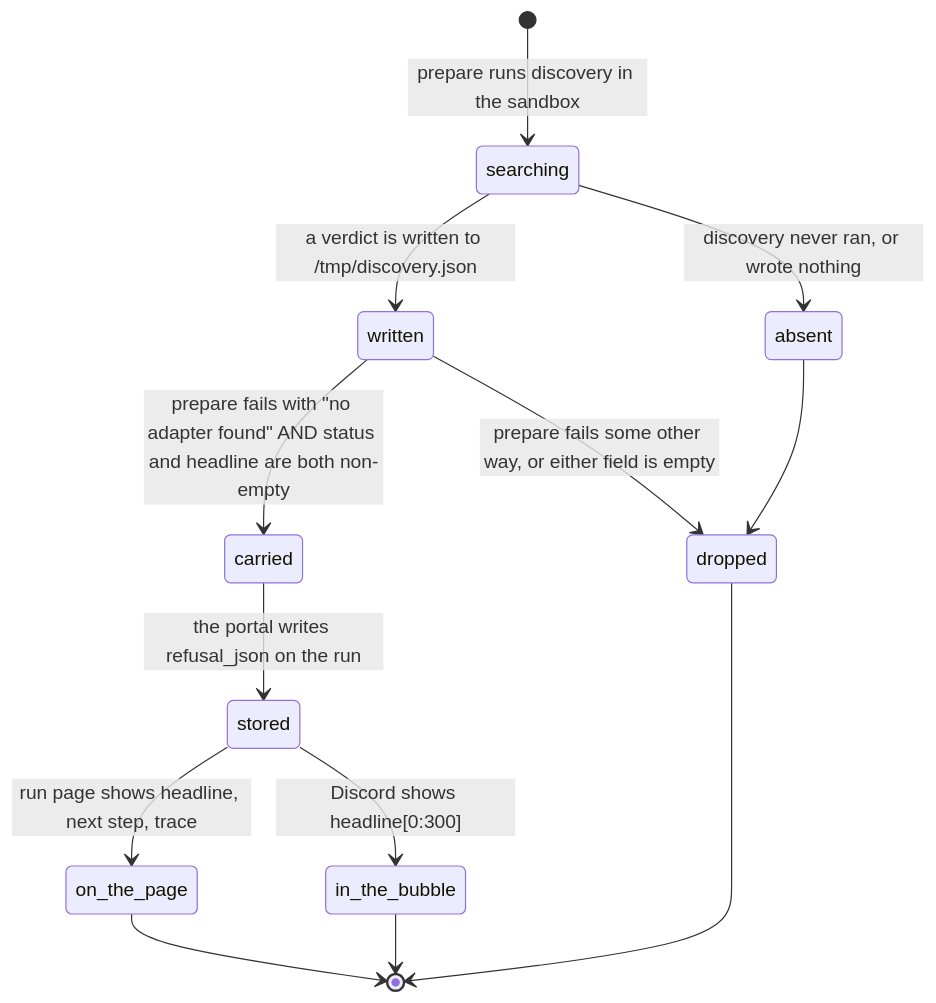
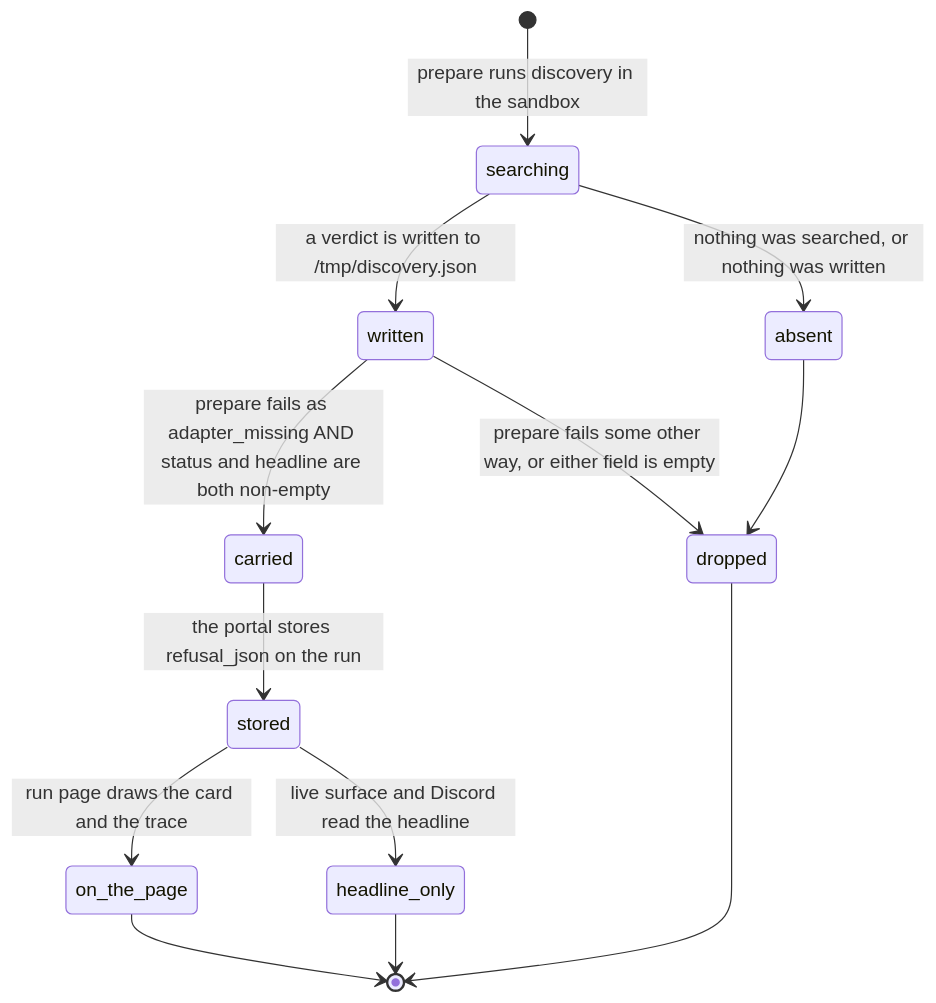
One commit to SamGu-NRX/CogPortal changed the diagram in docs/product-description/cross-cutting/refusals-and-disclosure.md. Above: the diagram before and after it, drawn with Mermaid. The commit also changed other lines of this file and 41 other files, not shown here.

````diff
--- a/docs/product-description/cross-cutting/refusals-and-disclosure.md
+++ b/docs/product-description/cross-cutting/refusals-and-disclosure.md
@@ -23,15 +21,15 @@
 ```mermaid
 stateDiagram-v2
     [*] --> searching : prepare runs discovery in the sandbox
     searching --> written : a verdict is written to /tmp/discovery.json
-    searching --> absent : discovery never ran, or wrote nothing
-    written --> carried : prepare fails with "no adapter found" AND status and headline are both non-empty
+    searching --> absent : nothing was searched, or nothing was written
+    written --> carried : prepare fails as adapter_missing AND status and headline are both non-empty
     written --> dropped : prepare fails some other way, or either field is empty
     absent --> dropped
-    carried --> stored : the portal writes refusal_json on the run
-    stored --> on_the_page : run page shows headline, next step, trace
-    stored --> in_the_bubble : Discord shows headline[0:300]
+    carried --> stored : the portal stores refusal_json on the run
+    stored --> on_the_page : run page draws the card and the trace
+    stored --> headline_only : live surface and Discord read the headline
     dropped --> [*]
     on_the_page --> [*]
-    in_the_bubble --> [*]
+    headline_only --> [*]
 ```
````
